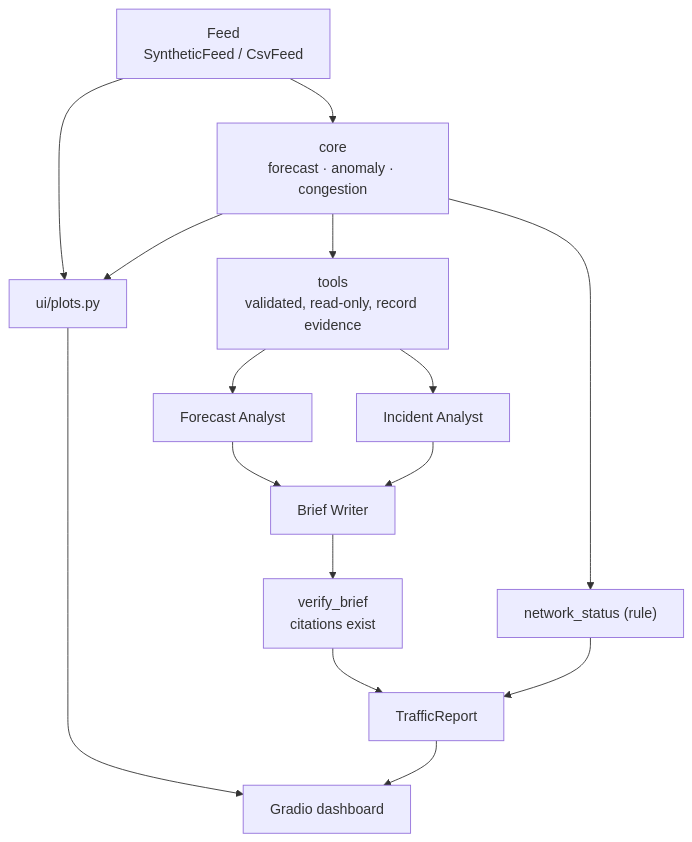
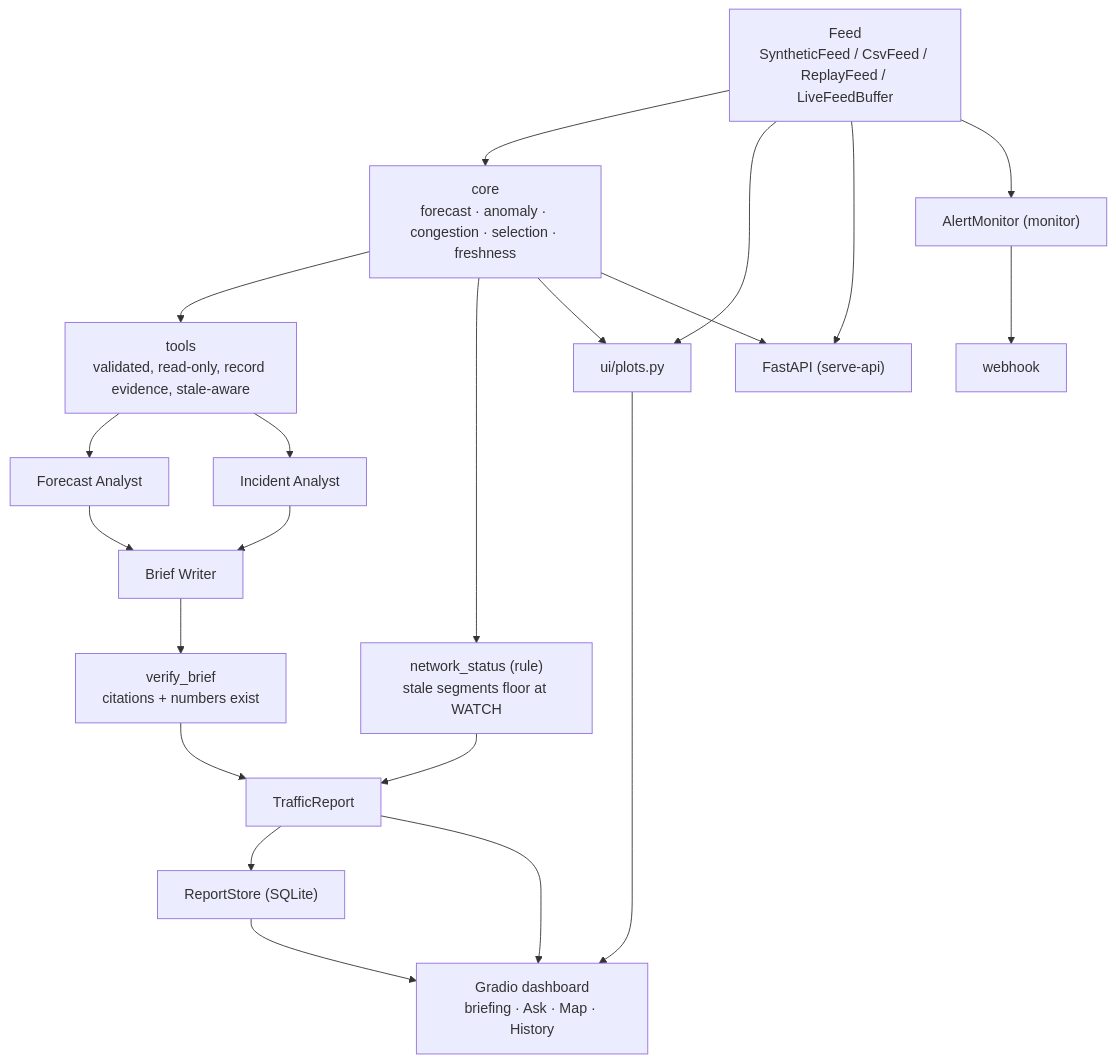
The diagram in traffic-flow-analyzer/ARCHITECTURE.md (AshraHossain/agent-system), drawn with Mermaid before and after one commit. The commit also changed other lines of this file, not shown here.

First line of the commit message:
docs(trafficflow): refresh architecture data-flow diagram (#56)

````diff
--- a/traffic-flow-analyzer/ARCHITECTURE.md
+++ b/traffic-flow-analyzer/ARCHITECTURE.md
@@ -23,17 +26,23 @@
 ```mermaid
 graph TD
-  FEED["Feed<br/>SyntheticFeed / CsvFeed"] --> CORE["core<br/>forecast · anomaly · congestion"]
-  CORE --> TOOLS["tools<br/>validated, read-only, record evidence"]
-  TOOLS --> FA["Forecast Analyst"]
+  FEED["Feed<br/>SyntheticFeed / CsvFeed / ReplayFeed / LiveFeedBuffer"] --> CORE
+  CORE["core<br/>forecast · anomaly · congestion · selection · freshness"] --> TOOLS
+  TOOLS["tools<br/>validated, read-only, record evidence, stale-aware"] --> FA["Forecast Analyst"]
   TOOLS --> IA["Incident Analyst"]
   FA --> BW["Brief Writer"]
   IA --> BW
-  BW --> VER["verify_brief<br/>citations exist"]
-  CORE --> ST["network_status (rule)"]
+  BW --> VER["verify_brief<br/>citations + numbers exist"]
+  CORE --> ST["network_status (rule)<br/>stale segments floor at WATCH"]
   VER --> REP["TrafficReport"]
   ST --> REP
+  REP --> STORE["ReportStore (SQLite)"]
   FEED --> PLOTS["ui/plots.py"]
   CORE --> PLOTS
-  PLOTS --> UI["Gradio dashboard"]
+  PLOTS --> UI["Gradio dashboard<br/>briefing · Ask · Map · History"]
   REP --> UI
+  STORE --> UI
+  FEED --> API["FastAPI (serve-api)"]
+  CORE --> API
+  FEED --> MON["AlertMonitor (monitor)"]
+  MON --> HOOK["webhook"]
 ```
````
